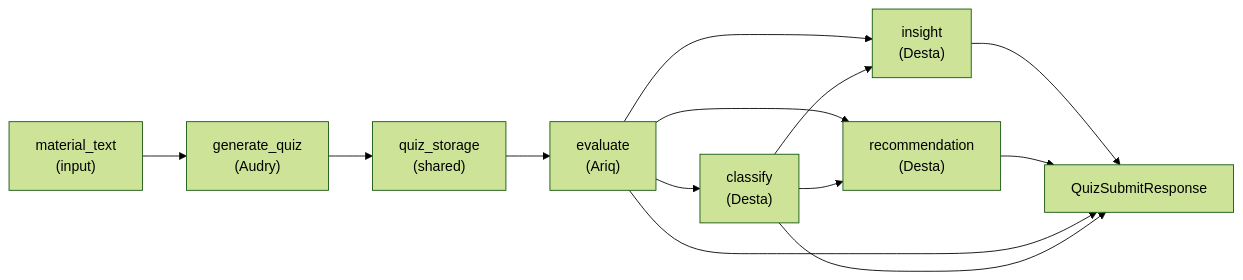
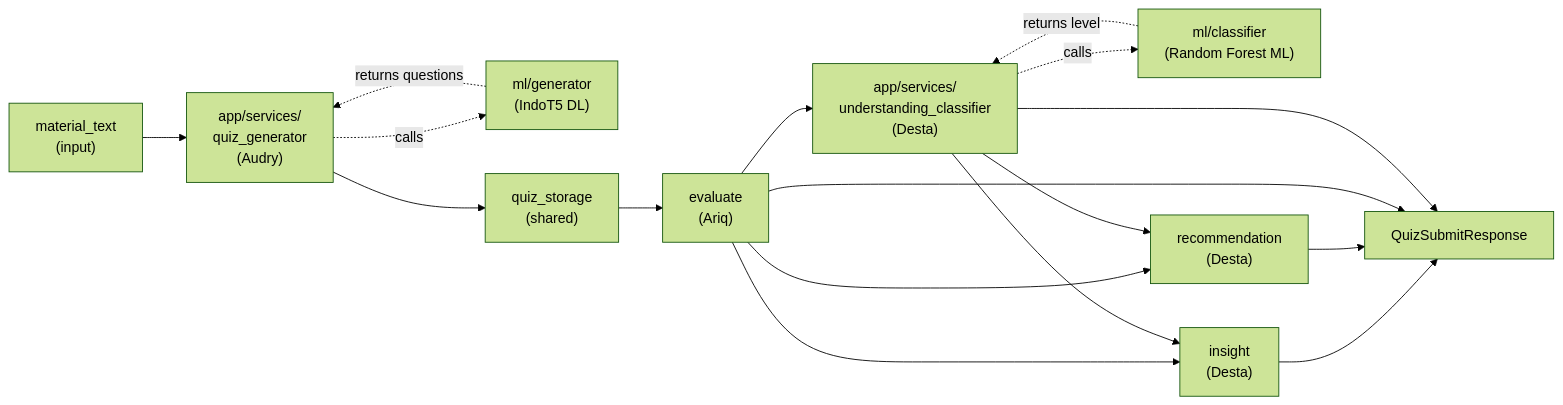
The seventh of 9 diagrams in ARCHITECTURE.md (ravi-arnan/TempaCapstoneProject), drawn with Mermaid (forest theme) before and after one commit. The commit also changed other lines of this file and 19 other files, not shown here.

````diff
--- a/ARCHITECTURE.md
+++ b/ARCHITECTURE.md
@@ -598,24 +694,30 @@
 ```mermaid
 flowchart LR
     A["material_text<br/>(input)"]
-    G["generate_quiz<br/>(Audry)"]
+    DL["ml/generator<br/>(IndoT5 DL)"]
+    G["app/services/<br/>quiz_generator<br/>(Audry)"]
     S["quiz_storage<br/>(shared)"]
     E["evaluate<br/>(Ariq)"]
-    C["classify<br/>(Desta)"]
+    ML["ml/classifier<br/>(Random Forest ML)"]
+    C["app/services/<br/>understanding_classifier<br/>(Desta)"]
     I["insight<br/>(Desta)"]
     R["recommendation<br/>(Desta)"]
     Out["QuizSubmitResponse"]
 
     A --> G
+    G -.calls.-> DL
+    DL -.returns questions.-> G
     G --> S
     S --> E
     E --> C
+    C -.calls.-> ML
+    ML -.returns level.-> C
     E --> I
     E --> R
     C --> I
     C --> R
     I --> Out
     R --> Out
     E --> Out
     C --> Out
 ```
````
